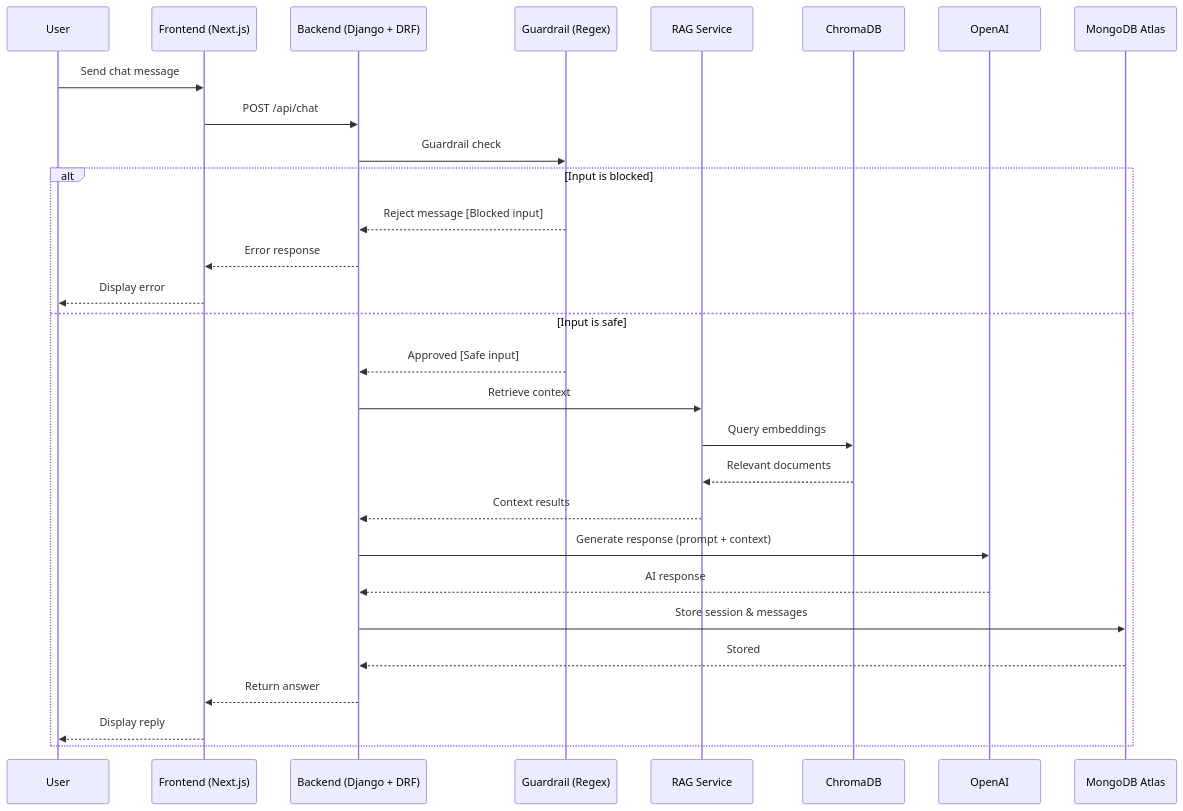
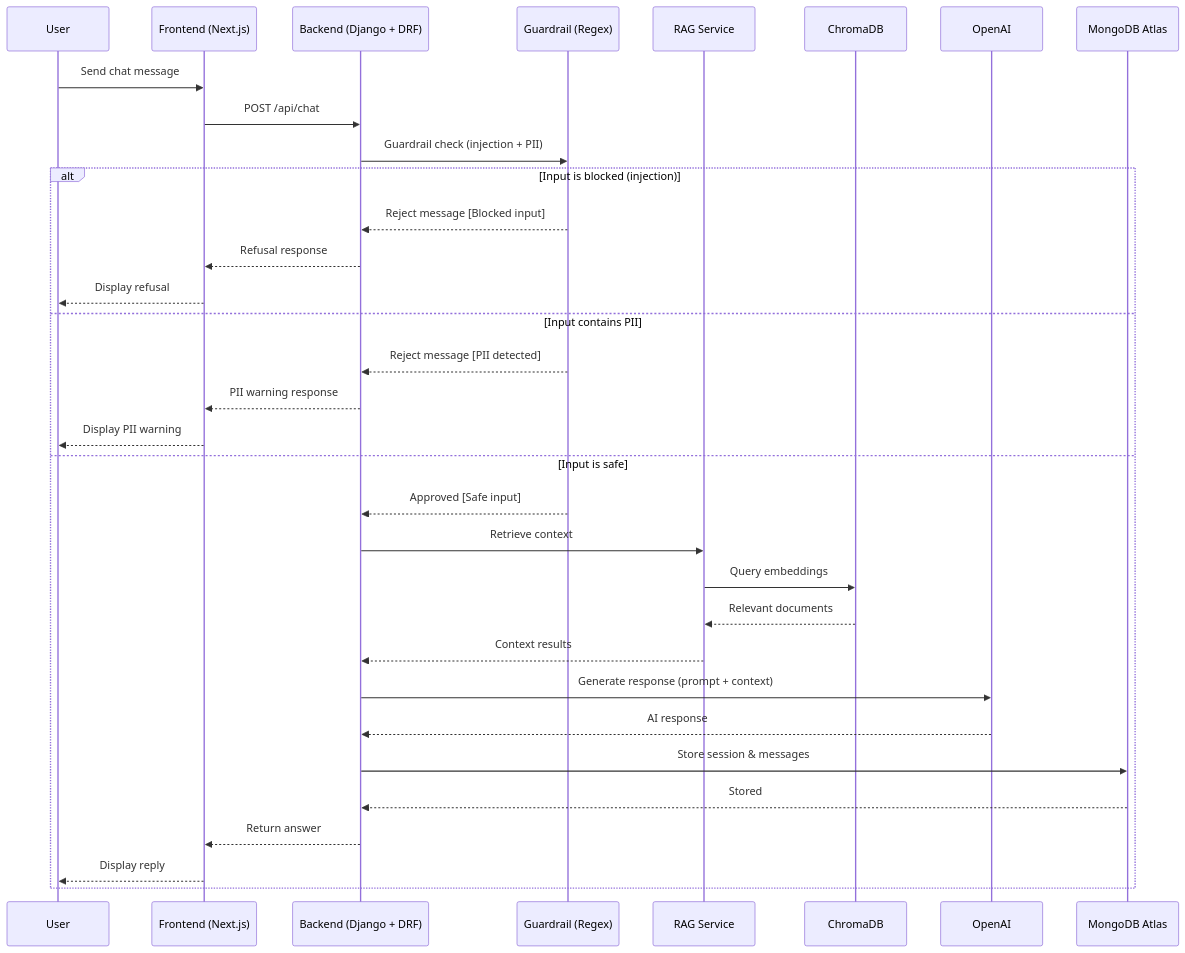
One commit to Ghostwolf371/Telesur-Chatbot changed the second of 2 diagrams in docs/Telebot- Architectuur Document.md. Above: the diagram before and after it, drawn with Mermaid. The commit also changed other lines of this file and 14 other files, not shown here.

````diff
--- a/docs/Telebot- Architectuur Document.md
+++ b/docs/Telebot- Architectuur Document.md
@@ -167,33 +171,37 @@
 ```mermaid
 sequenceDiagram
     participant User
     participant Frontend as Frontend (Next.js)
     participant Backend as Backend (Django + DRF)
     participant Guardrail as Guardrail (Regex)
     participant RAG as RAG Service
     participant ChromaDB
     participant OpenAI
     participant MongoDB as MongoDB Atlas
 
     User->>Frontend: Send chat message
     Frontend->>Backend: POST /api/chat
-    Backend->>Guardrail: Guardrail check
+    Backend->>Guardrail: Guardrail check (injection + PII)
     
-    alt Input is blocked
+    alt Input is blocked (injection)
         Guardrail-->>Backend: Reject message [Blocked input]
-        Backend-->>Frontend: Error response
-        Frontend-->>User: Display error
+        Backend-->>Frontend: Refusal response
+        Frontend-->>User: Display refusal
+    else Input contains PII
+        Guardrail-->>Backend: Reject message [PII detected]
+        Backend-->>Frontend: PII warning response
+        Frontend-->>User: Display PII warning
     else Input is safe
         Guardrail-->>Backend: Approved [Safe input]
         Backend->>RAG: Retrieve context
         RAG->>ChromaDB: Query embeddings
         ChromaDB-->>RAG: Relevant documents
         RAG-->>Backend: Context results
         Backend->>OpenAI: Generate response (prompt + context)
         OpenAI-->>Backend: AI response
         Backend->>MongoDB: Store session & messages
         MongoDB-->>Backend: Stored
         Backend-->>Frontend: Return answer
         Frontend-->>User: Display reply
     end
 ```
````
